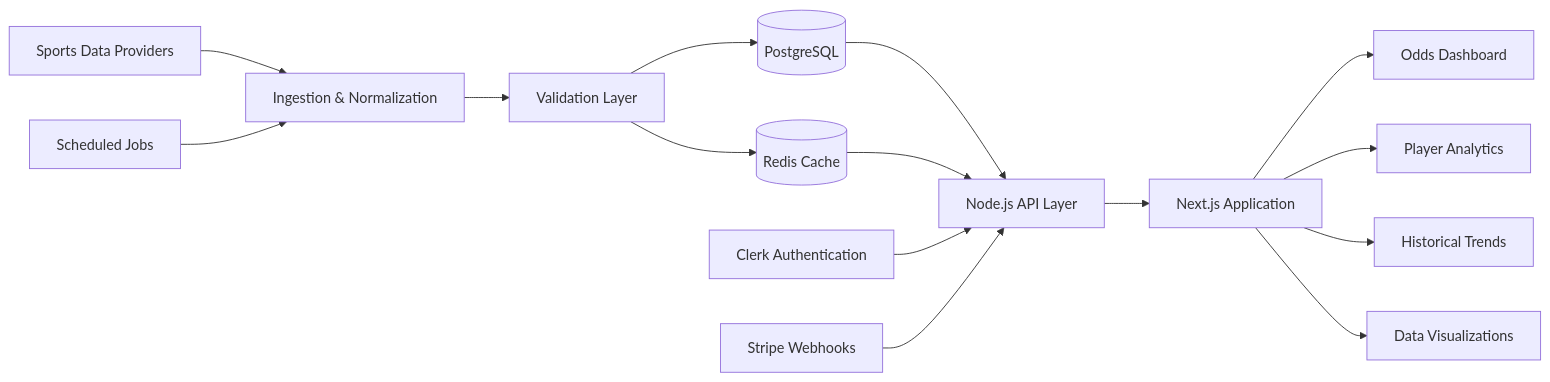
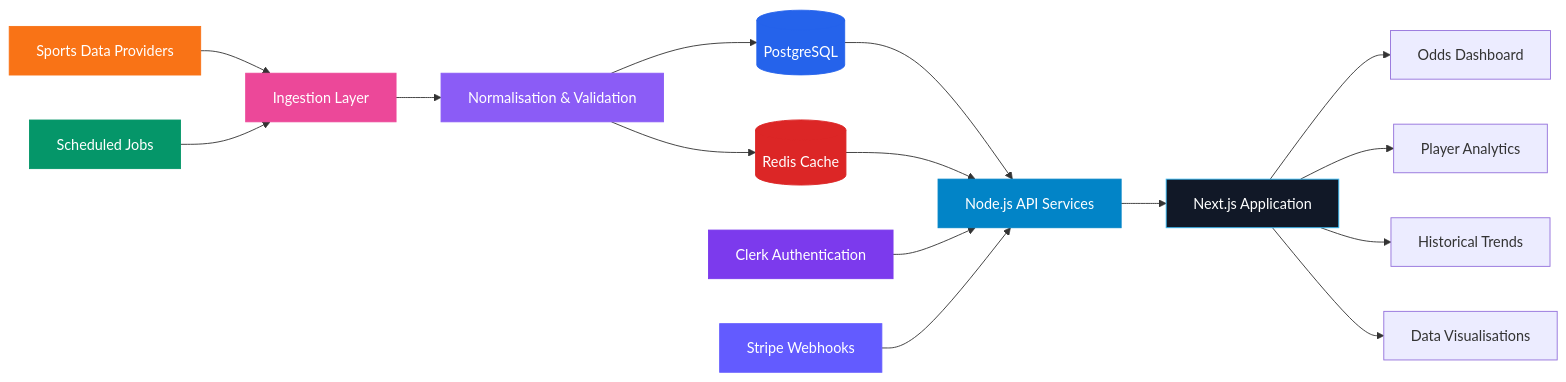
Before and after one commit to aloktomarr/aloktomarr: the diagram in README.md, drawn with Mermaid. The commit also changed other lines of this file, not shown here.

````diff
--- a/README.md
+++ b/README.md
@@ -225,20 +250,32 @@
 ```mermaid
 flowchart LR
-    A[Sports Data Providers] --> B[Ingestion & Normalization]
-    B --> C[Validation Layer]
+    A[Sports Data Providers] --> B[Ingestion Layer]
+    B --> C[Normalisation & Validation]
     C --> D[(PostgreSQL)]
     C --> E[(Redis Cache)]
 
-    D --> F[Node.js API Layer]
+    D --> F[Node.js API Services]
     E --> F
 
     F --> G[Next.js Application]
+
     G --> H[Odds Dashboard]
     G --> I[Player Analytics]
     G --> J[Historical Trends]
-    G --> K[Data Visualizations]
+    G --> K[Data Visualisations]
 
     L[Clerk Authentication] --> F
     M[Stripe Webhooks] --> F
     N[Scheduled Jobs] --> B
+
+    style A fill:#F97316,color:#fff,stroke:#F97316
+    style B fill:#EC4899,color:#fff,stroke:#EC4899
+    style C fill:#8B5CF6,color:#fff,stroke:#8B5CF6
+    style D fill:#2563EB,color:#fff,stroke:#2563EB
+    style E fill:#DC2626,color:#fff,stroke:#DC2626
+    style F fill:#0284C7,color:#fff,stroke:#0284C7
+    style G fill:#111827,color:#fff,stroke:#38BDF8
+    style L fill:#7C3AED,color:#fff,stroke:#7C3AED
+    style M fill:#635BFF,color:#fff,stroke:#635BFF
+    style N fill:#059669,color:#fff,stroke:#059669
 ```
````
